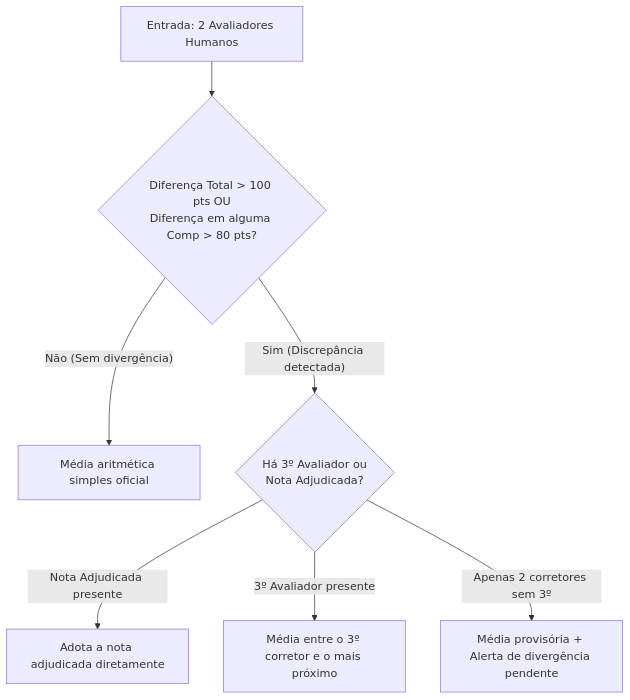
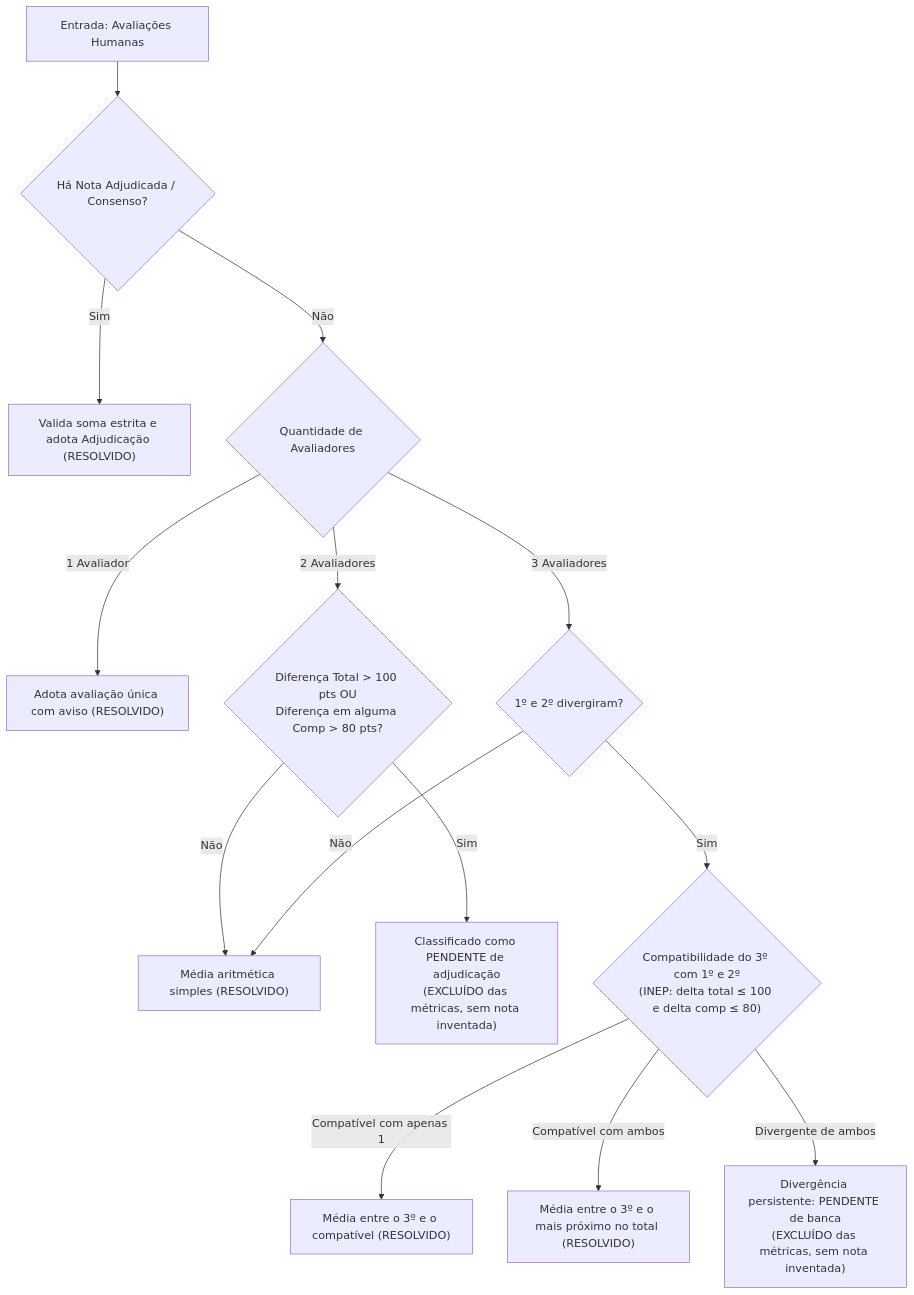
Before and after one commit to pedromartins16k-alt/vestibular-plus: the diagram in benchmark/FORMATO_DADOS.md, drawn with Mermaid. The commit also changed other lines of this file and 5 other files, not shown here.

Commit message:
fix(benchmark): calibracao rigorosa de 3 avaliadores INEP, exclusao de pendencias e validacao estrita

````diff
--- a/benchmark/FORMATO_DADOS.md
+++ b/benchmark/FORMATO_DADOS.md
@@ -88,9 +89,20 @@
 ```mermaid
 flowchart TD
-    A["Entrada: 2 Avaliadores Humanos"] --> B{"Diferença Total > 100 pts OU<br>Diferença em alguma Comp > 80 pts?"}
-    B -- "Não (Sem divergência)" --> C["Média aritmética simples oficial"]
-    B -- "Sim (Discrepância detectada)" --> D{"Há 3º Avaliador ou<br>Nota Adjudicada?"}
-    D -- "Nota Adjudicada presente" --> E["Adota a nota adjudicada diretamente"]
-    D -- "3º Avaliador presente" --> F["Média entre o 3º corretor e o mais próximo"]
-    D -- "Apenas 2 corretores sem 3º" --> G["Média provisória + Alerta de divergência pendente"]
+    A["Entrada: Avaliações Humanas"] --> B{"Há Nota Adjudicada / Consenso?"}
+    B -- "Sim" --> C["Valida soma estrita e adota Adjudicação (RESOLVIDO)"]
+    B -- "Não" --> D{"Quantidade de Avaliadores"}
+    
+    D -- "1 Avaliador" --> E["Adota avaliação única com aviso (RESOLVIDO)"]
+    D -- "2 Avaliadores" --> F{"Diferença Total > 100 pts OU<br>Diferença em alguma Comp > 80 pts?"}
+    
+    F -- "Não" --> G["Média aritmética simples (RESOLVIDO)"]
+    F -- "Sim" --> H["Classificado como PENDENTE de adjudicação<br>(EXCLUÍDO das métricas, sem nota inventada)"]
+    
+    D -- "3 Avaliadores" --> I{"1º e 2º divergiram?"}
+    I -- "Não" --> G
+    I -- "Sim" --> J{"Compatibilidade do 3º com 1º e 2º<br>(INEP: delta total ≤ 100 e delta comp ≤ 80)"}
+    
+    J -- "Compatível com apenas 1" --> K["Média entre o 3º e o compatível (RESOLVIDO)"]
+    J -- "Compatível com ambos" --> L["Média entre o 3º e o mais próximo no total (RESOLVIDO)"]
+    J -- "Divergente de ambos" --> M["Divergência persistente: PENDENTE de banca<br>(EXCLUÍDO das métricas, sem nota inventada)"]
 ```
````
